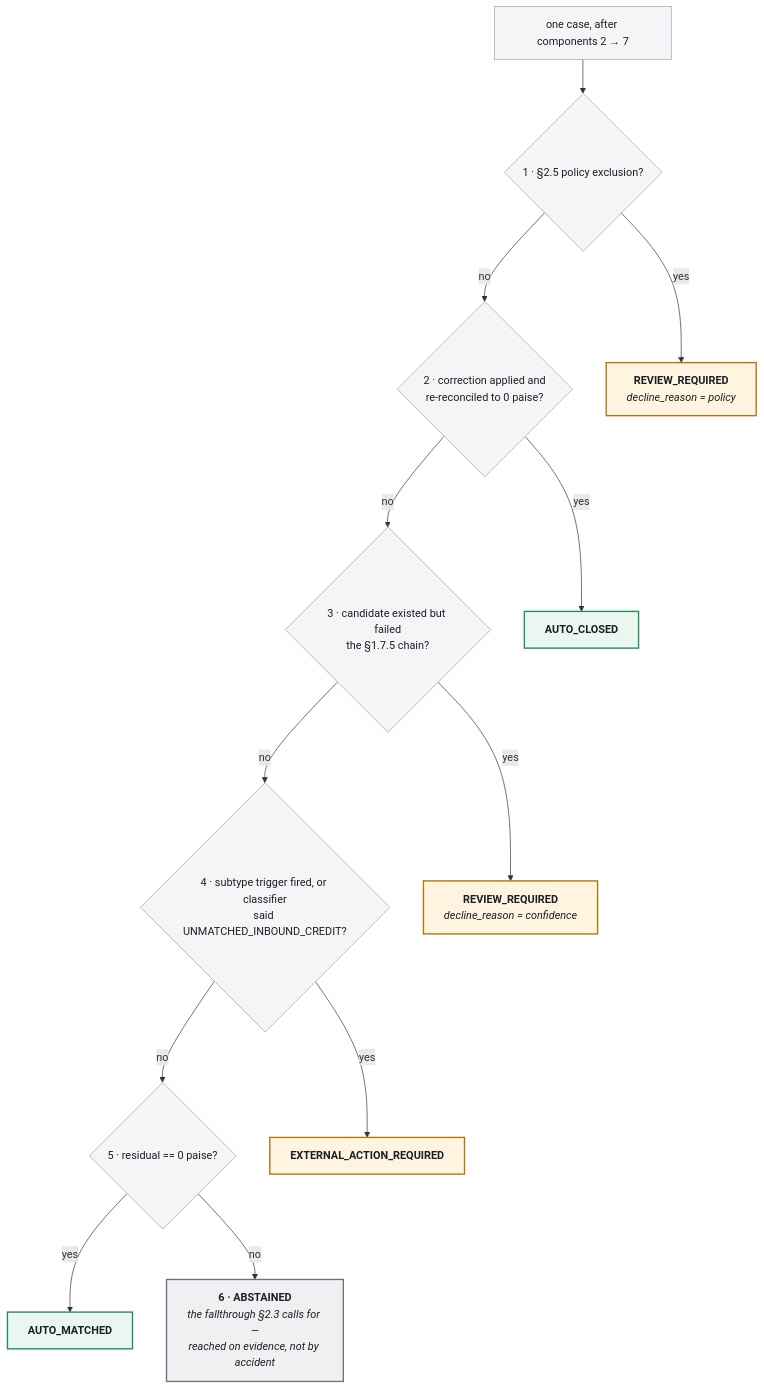
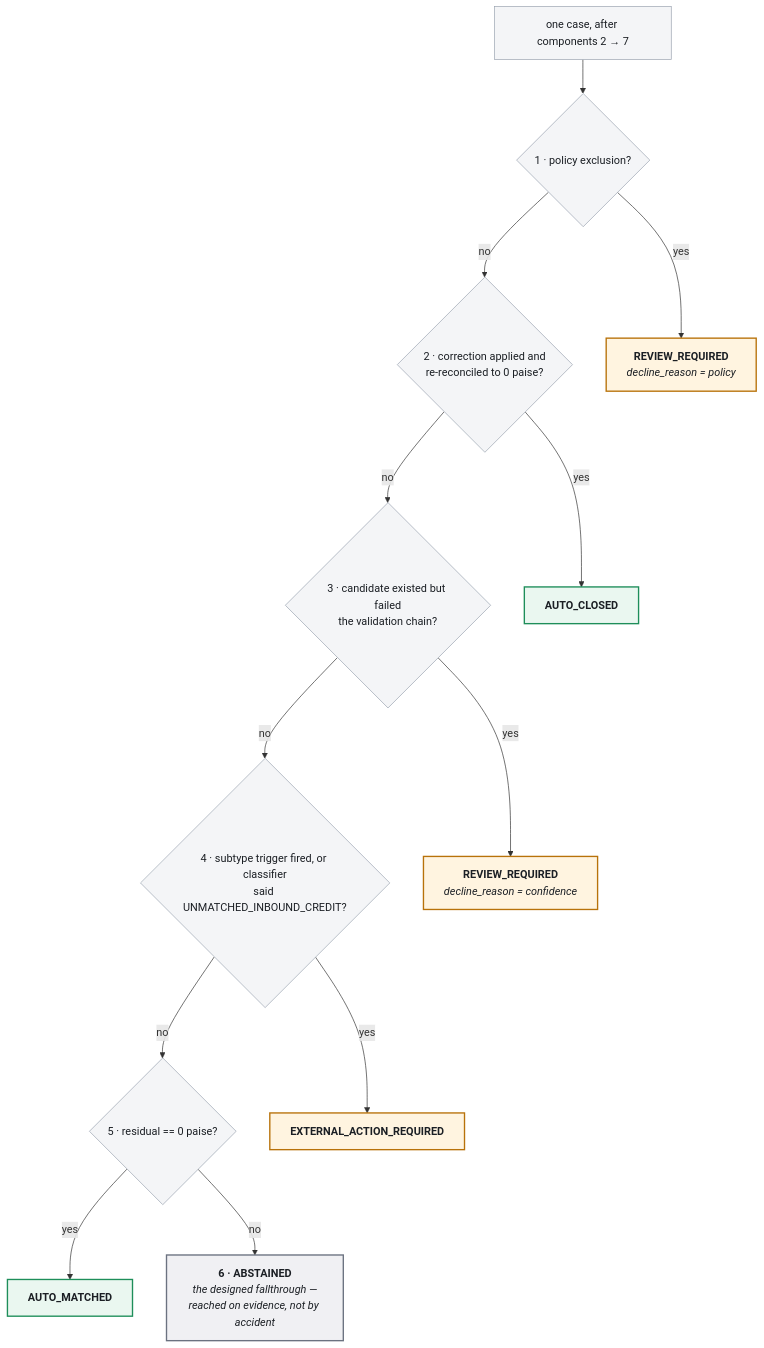
Before and after one commit to nikhil550000/AI-Settlement-Close-Controller: the second of 2 diagrams in ARCHITECTURE.md, drawn with Mermaid. The commit also changed other lines of this file and 1 other file, not shown here.

````diff
--- a/ARCHITECTURE.md
+++ b/ARCHITECTURE.md
@@ -94,38 +94,38 @@
 ```mermaid
 flowchart TB
     START["one case, after components 2 → 7"]
-    B1{"1 · §2.5 policy exclusion?"}
+    B1{"1 · policy exclusion?"}
     B2{"2 · correction applied and<br/>re-reconciled to 0 paise?"}
-    B3{"3 · candidate existed but failed<br/>the §1.7.5 chain?"}
+    B3{"3 · candidate existed but failed<br/>the validation chain?"}
     B4{"4 · subtype trigger fired, or classifier<br/>said UNMATCHED_INBOUND_CREDIT?"}
     B5{"5 · residual == 0 paise?"}
 
     RRP["<b>REVIEW_REQUIRED</b><br/><i>decline_reason = policy</i>"]
     AC["<b>AUTO_CLOSED</b>"]
     RRC["<b>REVIEW_REQUIRED</b><br/><i>decline_reason = confidence</i>"]
     EA["<b>EXTERNAL_ACTION_REQUIRED</b>"]
     AM["<b>AUTO_MATCHED</b>"]
-    AB["<b>6 · ABSTAINED</b><br/><i>the fallthrough §2.3 calls for —<br/>reached on evidence, not by accident</i>"]
+    AB["<b>6 · ABSTAINED</b><br/><i>the designed fallthrough —<br/>reached on evidence, not by accident</i>"]
 
     START --> B1
     B1 -->|yes| RRP
     B1 -->|no| B2
     B2 -->|yes| AC
     B2 -->|no| B3
     B3 -->|yes| RRC
     B3 -->|no| B4
     B4 -->|yes| EA
     B4 -->|no| B5
     B5 -->|yes| AM
     B5 -->|no| AB
 
     classDef q fill:#f4f5f7,stroke:#9aa3b0,stroke-width:1px,color:#1b1f24
     classDef closed fill:#eaf7f0,stroke:#1e8e5a,stroke-width:2px,color:#1b1f24
     classDef human fill:#fff4e0,stroke:#b8720a,stroke-width:2px,color:#1b1f24
     classDef abstain fill:#f0f0f3,stroke:#6b7280,stroke-width:2px,color:#1b1f24
 
     class START,B1,B2,B3,B4,B5 q
     class AC,AM closed
     class RRP,RRC,EA human
     class AB abstain
 ```
````
